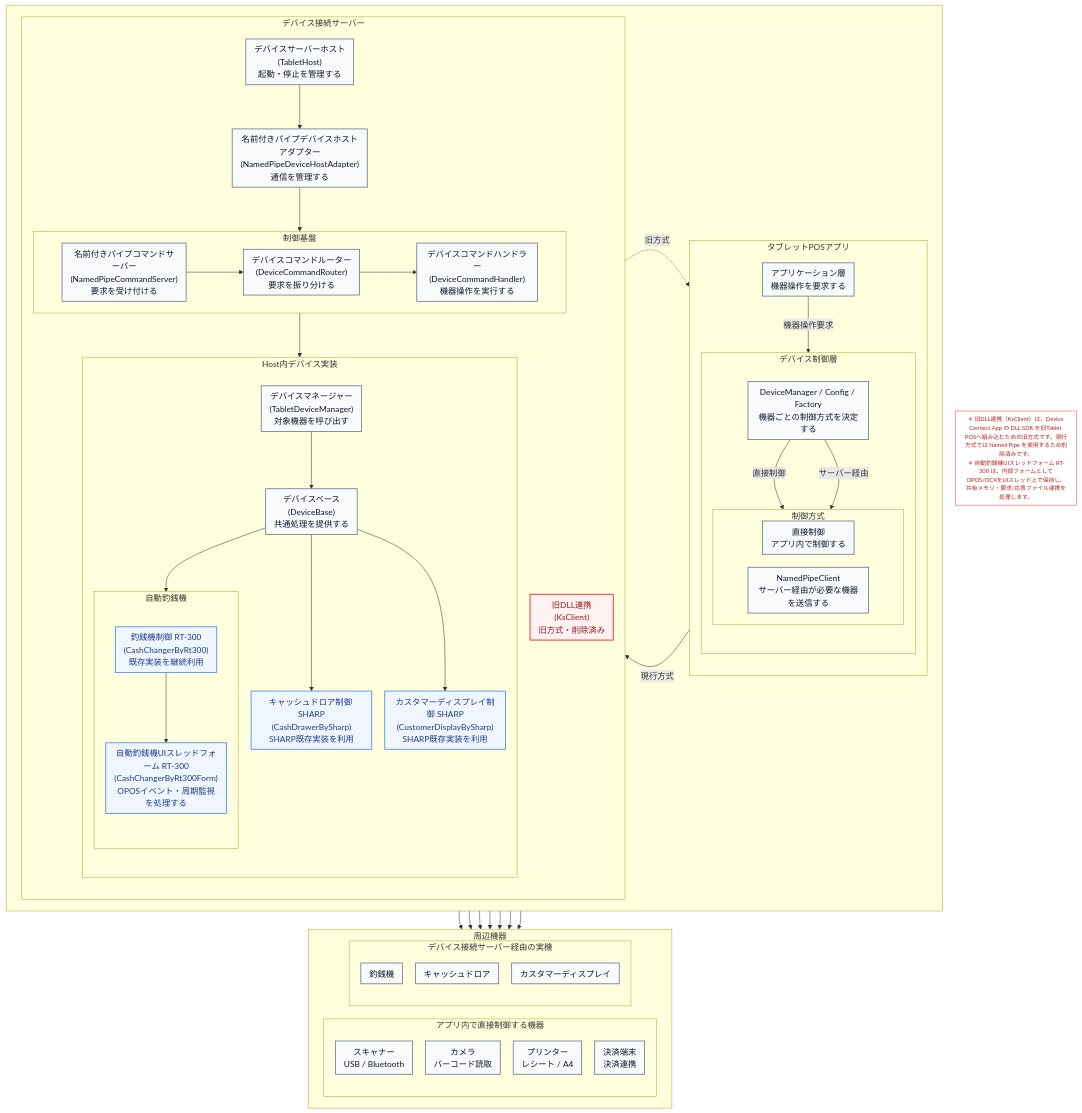
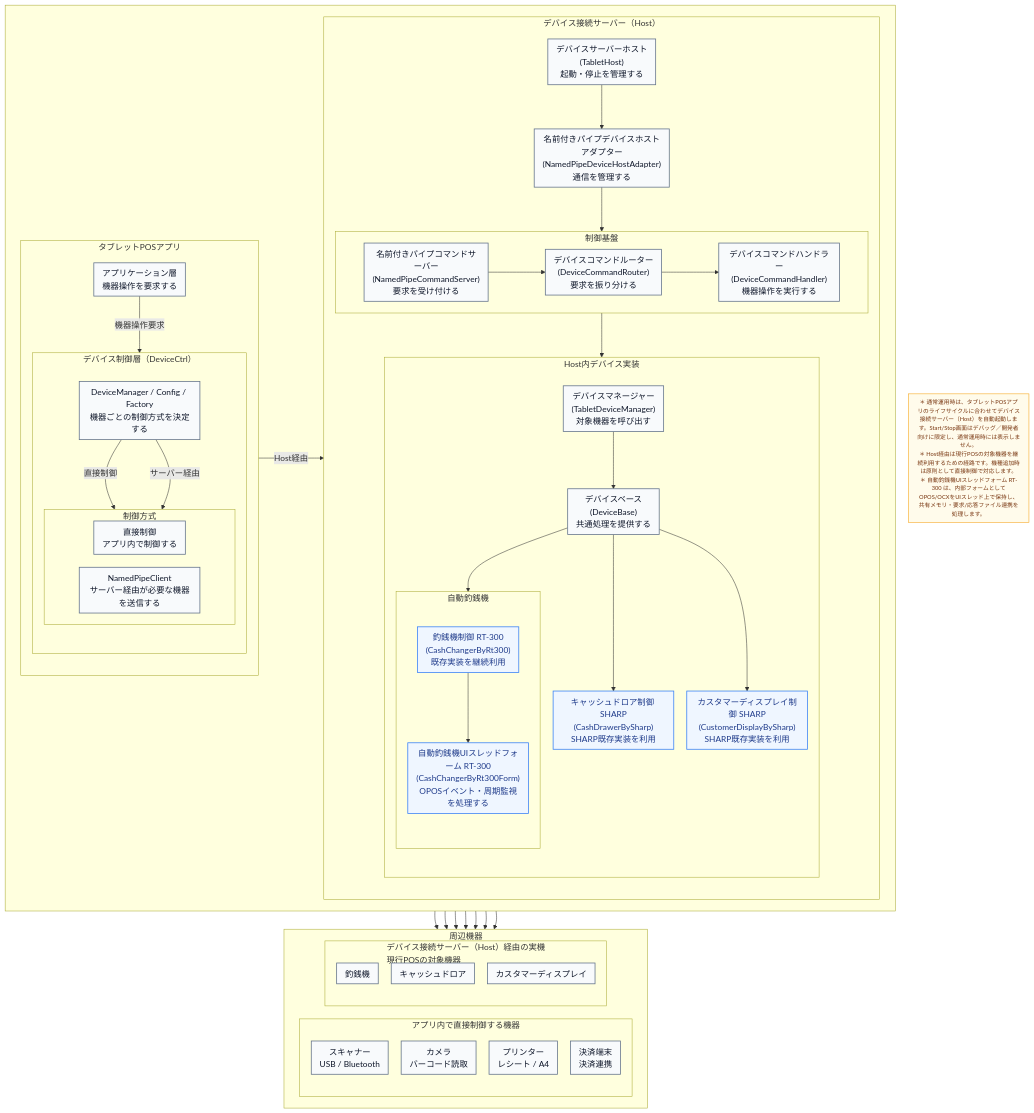
One commit to vti-sam/smj-ks-pos-stored changed the diagram in artifacts/reports/architecture/ARCH-03_タブレットPOS_デバイス接続サーバー構造設計書/ARCH-03_タブレットPOS_デバイス接続サーバー制御方式構造図.original.md. Above: the diagram before and after it, drawn with Mermaid. The commit also changed 36 other files, not shown here.

```diff
--- a/artifacts/reports/architecture/ARCH-03_タブレットPOS_デバイス接続サーバー構造設計書/ARCH-03_タブレットPOS_デバイス接続サーバー制御方式構造図.original.md
+++ b/artifacts/reports/architecture/ARCH-03_タブレットPOS_デバイス接続サーバー構造設計書/ARCH-03_タブレットPOS_デバイス接続サーバー制御方式構造図.original.md
@@ -11,11 +11,10 @@
 }}%%
 
 flowchart TB
-    classDef removed fill:#FEF2F2,stroke:#EF4444,color:#991B1B,stroke-width:2px;
     classDef direct fill:#F0FDF4,stroke:#22C55E,color:#14532D,stroke-width:1.5px;
     classDef server fill:#EFF6FF,stroke:#3B82F6,color:#1E3A8A,stroke-width:1.5px;
     classDef core fill:#F8FAFC,stroke:#64748B,color:#0F172A,stroke-width:1.5px;
-    classDef memo fill:#FFFFFF,stroke:#EF4444,color:#B91C1C,stroke-width:1px,font-size:11px;
+    classDef memo fill:#FFFBEB,stroke:#F59E0B,color:#78350F,stroke-width:1px,font-size:11px;
 
     subgraph upper[" "]
         direction LR
@@ -25,7 +24,7 @@
 
             app_layer["アプリケーション層\n機器操作を要求する"]
 
-            subgraph device_ctrl["デバイス制御層"]
+            subgraph device_ctrl["デバイス制御層（DeviceCtrl）"]
                 direction TB
                 device_setup["DeviceManager / Config / Factory\n機器ごとの制御方式を決定する"]
 
@@ -41,10 +40,8 @@
             device_setup -->|"サーバー経由"| namedpipe_client
         end
 
-        subgraph appserver["デバイス接続サーバー"]
+        subgraph appserver["デバイス接続サーバー（Host）"]
             direction TB
-
-            old_dll_removed["旧DLL連携\n(KsClient)\n旧方式・削除済み"]
 
             host_main["デバイスサーバーホスト\n(TabletHost)\n起動・停止を管理する"]
             host_adapter["名前付きパイプデバイスホストアダプター\n(NamedPipeDeviceHostAdapter)\n通信を管理する"]
@@ -95,7 +92,7 @@
             payment_terminal["決済端末\n決済連携"]
         end
 
-        subgraph server_devices["デバイス接続サーバー経由の実機"]
+        subgraph server_devices["デバイス接続サーバー（Host）経由の実機\n現行POSの対象機器"]
             direction TB
             cash_changer_device["釣銭機"]
             cash_drawer_device["キャッシュドロア"]
@@ -103,8 +100,7 @@
         end
     end
 
-    old_dll_removed -.->|"旧方式"| app_layer
-    namedpipe_client -->|"現行方式"| command_server
+    namedpipe_client -->|"Host経由"| command_server
 
     direct_control --> scanner
     direct_control --> camera
@@ -115,10 +111,9 @@
     cash_drawer --> cash_drawer_device
     customer_display --> customer_display_device
 
-    memo["＊ 旧DLL連携（KsClient）は、Device Connect App の DLL SDK を旧Tablet POSへ組み込むための旧方式です。現行方式では Named Pipe を使用するため削除済みです。\n＊ 自動釣銭機UIスレッドフォーム RT-300 は、内部フォームとしてOPOS/OCXをUIスレッド上で保持し、共有メモリ・要求/応答ファイル連携を処理します。"]
+    memo["＊ 通常運用時は、タブレットPOSアプリのライフサイクルに合わせてデバイス接続サーバー（Host）を自動起動します。Start/Stop画面はデバッグ／開発者向けに限定し、通常運用時には表示しません。\n＊ Host経由は現行POSの対象機器を継続利用するための経路です。機種追加時は原則として直接制御で対応します。\n＊ 自動釣銭機UIスレッドフォーム RT-300 は、内部フォームとしてOPOS/OCXをUIスレッド上で保持し、共有メモリ・要求/応答ファイル連携を処理します。"]
 
     class app_layer,device_setup,namedpipe_client,direct_control,host_main,host_adapter,command_server,command_router,command_handler,device_manager,device_base core;
-    class old_dll_removed removed;
     class scanner,camera,printer,payment_terminal,cash_changer_device,cash_drawer_device,customer_display_device core;
     class cash_changer,cash_changer_form,cash_drawer,customer_display server;
     class memo memo;
```
